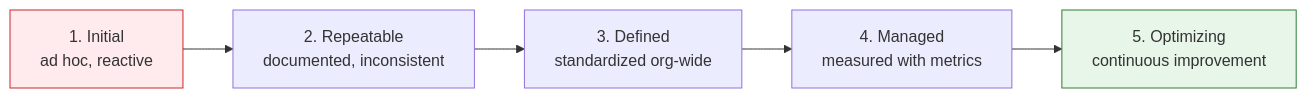
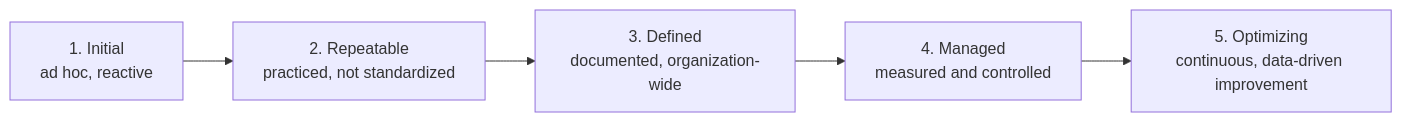
The fourth of 4 diagrams in github-pages/docs/technology/cybersecurity/compliance-and-governance.md (AndrewAltimit/Documentation), drawn with Mermaid before and after one commit. The commit also changed other lines of this file and 240 other files, not shown here.

````diff
--- a/github-pages/docs/technology/cybersecurity/compliance-and-governance.md
+++ b/github-pages/docs/technology/cybersecurity/compliance-and-governance.md
@@ -334,9 +323,7 @@
 ```mermaid
 flowchart LR
-    L1["1. Initial<br/>ad hoc, reactive"] --> L2["2. Repeatable<br/>documented, inconsistent"]
-    L2 --> L3["3. Defined<br/>standardized org-wide"]
-    L3 --> L4["4. Managed<br/>measured with metrics"]
-    L4 --> L5["5. Optimizing<br/>continuous improvement"]
-    style L1 fill:#ffebee,stroke:#c62828
-    style L5 fill:#e8f5e9,stroke:#2e7d32
+    L1["1. Initial<br/>ad hoc, reactive"] --> L2["2. Repeatable<br/>practiced, not standardized"]
+    L2 --> L3["3. Defined<br/>documented, organization-wide"]
+    L3 --> L4["4. Managed<br/>measured and controlled"]
+    L4 --> L5["5. Optimizing<br/>continuous, data-driven improvement"]
 ```
````
